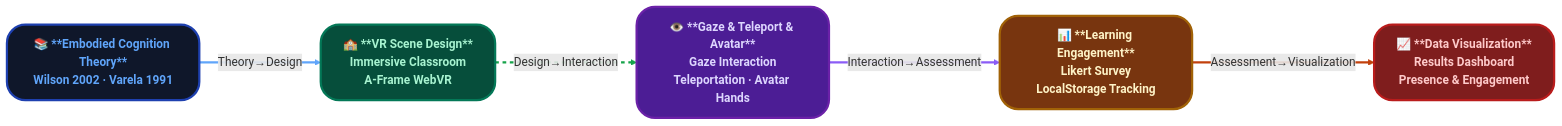
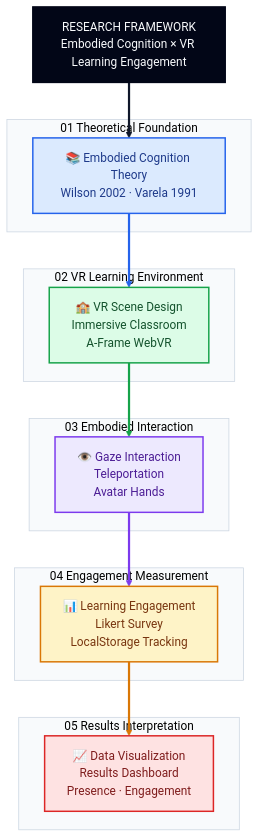
One commit to sara6v6/vr-embodied-learning changed the first of 2 diagrams in README.md. Above: the diagram before and after it, drawn with Mermaid. The commit also changed other lines of this file, not shown here.

Commit message:
style: add classDef, linkStyle and emoji labels to README Mermaid diagrams

````diff
--- a/README.md
+++ b/README.md
@@ -22,34 +22,58 @@
 ```mermaid
-flowchart LR
-    %% 节点定义
-    A["📚 **Embodied Cognition Theory**<br>Wilson 2002 · Varela 1991"]
-    B["🏫 **VR Scene Design**<br>Immersive Classroom<br>A-Frame WebVR"]
-    C["👁️ **Gaze & Teleport & Avatar**<br>Gaze Interaction<br>Teleportation · Avatar Hands"]
-    D["📊 **Learning Engagement**<br>Likert Survey<br>LocalStorage Tracking"]
-    E["📈 **Data Visualization**<br>Results Dashboard<br>Presence & Engagement"]
+%%{init: {"theme": "base", "themeVariables": {"fontFamily": "Inter, Arial, sans-serif", "background": "#ffffff", "primaryColor": "#f8fafc", "primaryTextColor": "#0f172a", "lineColor": "#64748b"}}}%%
 
-    %% 流程连接
-    A -->|Theory→Design| B
-    B -->|Design→Interaction| C
-    C -->|Interaction→Assessment| D
-    D -->|Assessment→Visualization| E
+flowchart TD
+    T["RESEARCH FRAMEWORK<br/>Embodied Cognition × VR Learning Engagement"]
 
-    %% 样式定义（模拟渐变 + 阴影感）
-    classDef theory fill:#0f172a,color:#60a5fa,stroke:#1e40af,stroke-width:3px,rx:25,ry:25,font-weight:bold,stroke-dasharray: 0 0;
-    classDef design fill:#064e3b,color:#a7f3d0,stroke:#047857,stroke-width:3px,rx:25,ry:25,font-weight:bold;
-    classDef interaction fill:#4c1d95,color:#ddd6fe,stroke:#6b21a8,stroke-width:3px,rx:25,ry:25,font-weight:bold;
-    classDef assessment fill:#78350f,color:#fef3c7,stroke:#a16207,stroke-width:3px,rx:25,ry:25,font-weight:bold;
-    classDef visualization fill:#7f1d1d,color:#fecaca,stroke:#b91c1c,stroke-width:3px,rx:25,ry:25,font-weight:bold;
+    subgraph P1["01  Theoretical Foundation"]
+        A["📚 Embodied Cognition Theory<br/>Wilson 2002 · Varela 1991"]
+    end
 
-    class A theory
-    class B design
-    class C interaction
-    class D assessment
-    class E visualization
+    subgraph P2["02  VR Learning Environment"]
+        B["🏫 VR Scene Design<br/>Immersive Classroom<br/>A-Frame WebVR"]
+    end
 
-    %% 高亮箭头（虚线和粗线模拟层次）
-    linkStyle 0 stroke:#60a5fa,stroke-width:3px
-    linkStyle 1 stroke:#16a34a,stroke-width:3px,stroke-dasharray: 5 5
-    linkStyle 2 stroke:#8b5cf6,stroke-width:3px
-    linkStyle 3 stroke:#c2410c,stroke-width:3px
+    subgraph P3["03  Embodied Interaction"]
+        C["👁️ Gaze Interaction<br/>Teleportation<br/>Avatar Hands"]
+    end
+
+    subgraph P4["04  Engagement Measurement"]
+        D["📊 Learning Engagement<br/>Likert Survey<br/>LocalStorage Tracking"]
+    end
+
+    subgraph P5["05  Results Interpretation"]
+        E["📈 Data Visualization<br/>Results Dashboard<br/>Presence · Engagement"]
+    end
+
+    T --> A
+    A --> B
+    B --> C
+    C --> D
+    D --> E
+
+    classDef title fill:#020617,color:#f8fafc,stroke:#020617,stroke-width:2px;
+    classDef theory fill:#dbeafe,color:#1e3a8a,stroke:#2563eb,stroke-width:2px;
+    classDef design fill:#dcfce7,color:#14532d,stroke:#16a34a,stroke-width:2px;
+    classDef interaction fill:#ede9fe,color:#4c1d95,stroke:#7c3aed,stroke-width:2px;
+    classDef assessment fill:#fef3c7,color:#78350f,stroke:#d97706,stroke-width:2px;
+    classDef result fill:#fee2e2,color:#7f1d1d,stroke:#dc2626,stroke-width:2px;
+
+    class T title;
+    class A theory;
+    class B design;
+    class C interaction;
+    class D assessment;
+    class E result;
+
+    style P1 fill:#f8fafc,stroke:#cbd5e1,stroke-width:1px
+    style P2 fill:#f8fafc,stroke:#cbd5e1,stroke-width:1px
+    style P3 fill:#f8fafc,stroke:#cbd5e1,stroke-width:1px
+    style P4 fill:#f8fafc,stroke:#cbd5e1,stroke-width:1px
+    style P5 fill:#f8fafc,stroke:#cbd5e1,stroke-width:1px
+
+    linkStyle 0 stroke:#0f172a,stroke-width:3px
+    linkStyle 1 stroke:#2563eb,stroke-width:3px
+    linkStyle 2 stroke:#16a34a,stroke-width:3px
+    linkStyle 3 stroke:#7c3aed,stroke-width:3px
+    linkStyle 4 stroke:#d97706,stroke-width:3px
 ```
````
